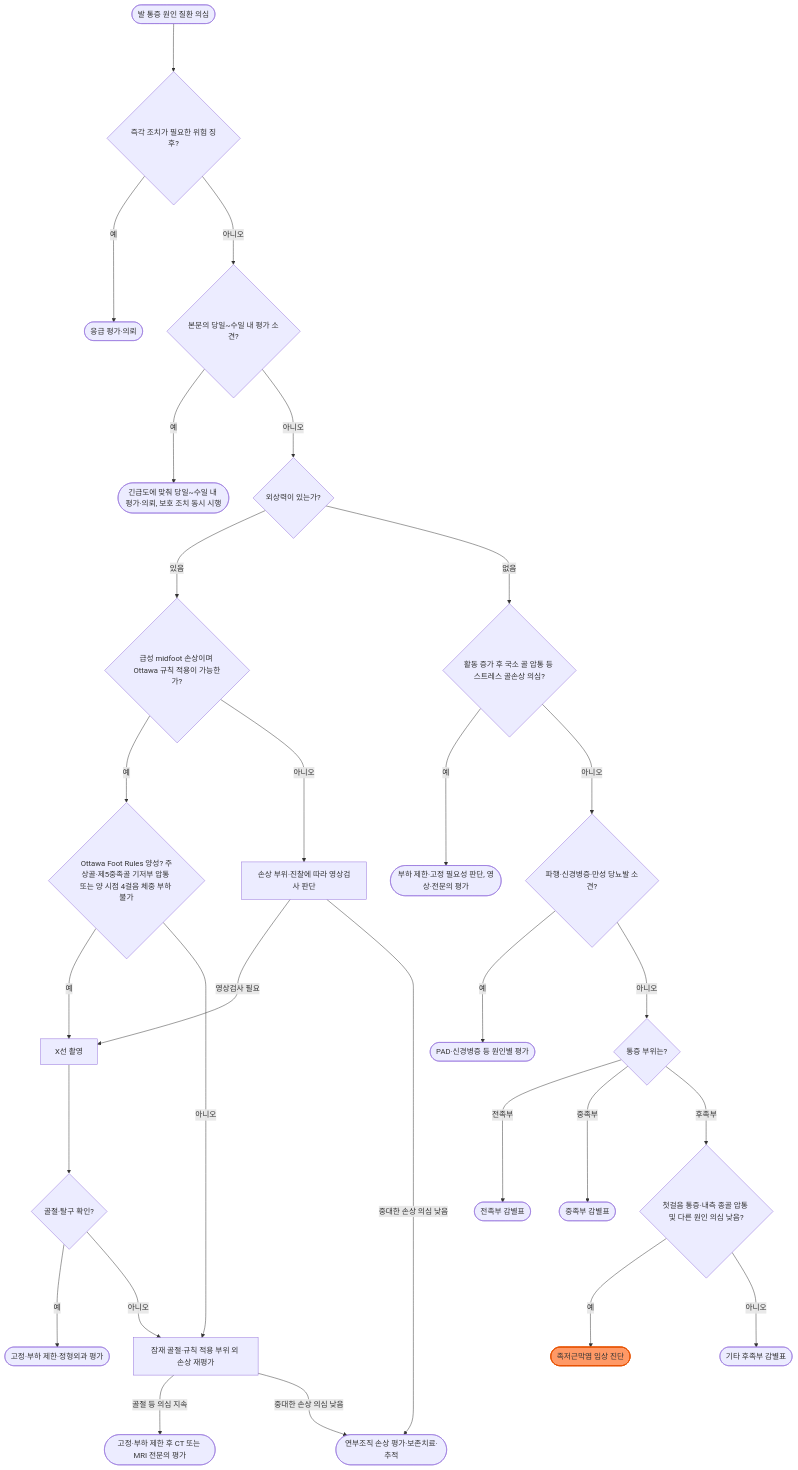
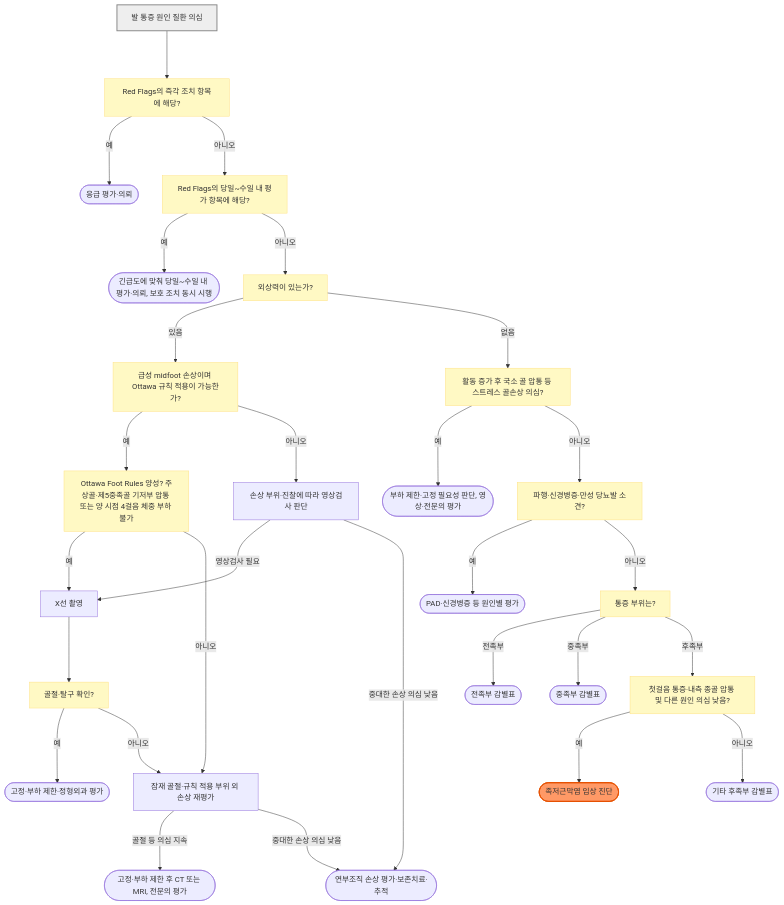
Before and after one commit to familyoh77/familyoh77: the diagram in 228_/146_-foot-pain.md, drawn with Mermaid. The commit also changed other lines of this file and 10 other files, not shown here.

````diff
--- a/228_/146_-foot-pain.md
+++ b/228_/146_-foot-pain.md
@@ -224,31 +224,35 @@
 ```mermaid
 graph TD
-    Start(["발 통증 원인 질환 의심"]) ---> Red{"즉각 조치가 필요한 위험 징후?"}
-    Red -- 예 ---> Urgent(["응급 평가·의뢰"])
-    Red -- 아니오 ---> Day{"본문의 당일~수일 내 평가 소견?"}
-    Day -- 예 ---> DayCare(["긴급도에 맞춰 당일~수일 내 평가·의뢰, 보호 조치 동시 시행"])
-    Day -- 아니오 ---> Trauma{"외상력이 있는가?"}
-    Trauma -- 있음 ---> TraumaEval{"급성 midfoot 손상이며 Ottawa 규칙 적용이 가능한가?"}
-    TraumaEval -- 예 ---> Ottawa{"Ottawa Foot Rules 양성? 주상골·제5중족골 기저부 압통 또는 양 시점 4걸음 체중 부하 불가"}
-    Ottawa -- 예 ---> XR["X선 촬영"]
-    Ottawa -- 아니오 ---> Recheck["잠재 골절·규칙 적용 부위 외 손상 재평가"]
-    TraumaEval -- 아니오 ---> Clinical["손상 부위·진찰에 따라 영상검사 판단"]
-    Clinical -- 영상검사 필요 ---> XR
-    Clinical -- 중대한 손상 의심 낮음 ---> SoftTissue(["연부조직 손상 평가·보존치료·추적"])
-    XR ---> XResult{"골절·탈구 확인?"}
-    XResult -- 예 ---> OrthoRef(["고정·부하 제한·정형외과 평가"])
-    XResult -- 아니오 ---> Recheck
-    Recheck -- 골절 등 의심 지속 ---> Advanced(["고정·부하 제한 후 CT 또는 MRI 전문의 평가"])
-    Recheck -- 중대한 손상 의심 낮음 ---> SoftTissue
-    Trauma -- 없음 ---> BoneRisk{"활동 증가 후 국소 골 압통 등 스트레스 골손상 의심?"}
-    BoneRisk -- 예 ---> StressCare(["부하 제한·고정 필요성 판단, 영상·전문의 평가"])
-    BoneRisk -- 아니오 ---> Vascular{"파행·신경병증·만성 당뇨발 소견?"}
-    Vascular -- 예 ---> VascularEval(["PAD·신경병증 등 원인별 평가"])
-    Vascular -- 아니오 ---> Location{"통증 부위는?"}
-    Location -- 전족부 ---> ForefootDx(["전족부 감별표"])
-    Location -- 중족부 ---> MidfootDx(["중족부 감별표"])
-    Location -- 후족부 ---> RearfootQ{"첫걸음 통증·내측 종골 압통 및 다른 원인 의심 낮음?"}
-    RearfootQ -- 예 ---> PFDx(["족저근막염 임상 진단"])
-    RearfootQ -- 아니오 ---> OtherRear(["기타 후족부 감별표"])
+    Start["발 통증 원인 질환 의심"] ---> Red["Red Flags의 즉각 조치 항목에 해당?"]
+    Red -- "예" ---> Urgent(["응급 평가·의뢰"])
+    Red -- "아니오" ---> Day["Red Flags의 당일~수일 내 평가 항목에 해당?"]
+    Day -- "예" ---> DayCare(["긴급도에 맞춰 당일~수일 내 평가·의뢰, 보호 조치 동시 시행"])
+    Day -- "아니오" ---> Trauma["외상력이 있는가?"]
+    Trauma -- "있음" ---> TraumaEval["급성 midfoot 손상이며 Ottawa 규칙 적용이 가능한가?"]
+    TraumaEval -- "예" ---> Ottawa["Ottawa Foot Rules 양성? 주상골·제5중족골 기저부 압통 또는 양 시점 4걸음 체중 부하 불가"]
+    Ottawa -- "예" ---> XR["X선 촬영"]
+    Ottawa -- "아니오" ---> Recheck["잠재 골절·규칙 적용 부위 외 손상 재평가"]
+    TraumaEval -- "아니오" ---> Clinical["손상 부위·진찰에 따라 영상검사 판단"]
+    Clinical -- "영상검사 필요" ---> XR
+    Clinical -- "중대한 손상 의심 낮음" ---> SoftTissue(["연부조직 손상 평가·보존치료·추적"])
+    XR ---> XResult["골절·탈구 확인?"]
+    XResult -- "예" ---> OrthoRef(["고정·부하 제한·정형외과 평가"])
+    XResult -- "아니오" ---> Recheck
+    Recheck -- "골절 등 의심 지속" ---> Advanced(["고정·부하 제한 후 CT 또는 MRI, 전문의 평가"])
+    Recheck -- "중대한 손상 의심 낮음" ---> SoftTissue
+    Trauma -- "없음" ---> BoneRisk["활동 증가 후 국소 골 압통 등 스트레스 골손상 의심?"]
+    BoneRisk -- "예" ---> StressCare(["부하 제한·고정 필요성 판단, 영상·전문의 평가"])
+    BoneRisk -- "아니오" ---> Vascular["파행·신경병증·만성 당뇨발 소견?"]
+    Vascular -- "예" ---> VascularEval(["PAD·신경병증 등 원인별 평가"])
+    Vascular -- "아니오" ---> Location["통증 부위는?"]
+    Location -- "전족부" ---> ForefootDx(["전족부 감별표"])
+    Location -- "중족부" ---> MidfootDx(["중족부 감별표"])
+    Location -- "후족부" ---> RearfootQ["첫걸음 통증·내측 종골 압통 및 다른 원인 의심 낮음?"]
+    RearfootQ -- "예" ---> PFDx(["족저근막염 임상 진단"])
+    RearfootQ -- "아니오" ---> OtherRear(["기타 후족부 감별표"])
+
+    classDef question fill:#fff9c4,stroke:#ffe082
+    class Red,Day,Trauma,TraumaEval,Ottawa,XResult,BoneRisk,Vascular,Location,RearfootQ question
+    style Start fill:#eeeeee,stroke:#888888,stroke-width:2px
     style PFDx fill:#f96,stroke:#e65100,stroke-width:2px
 ```
````
